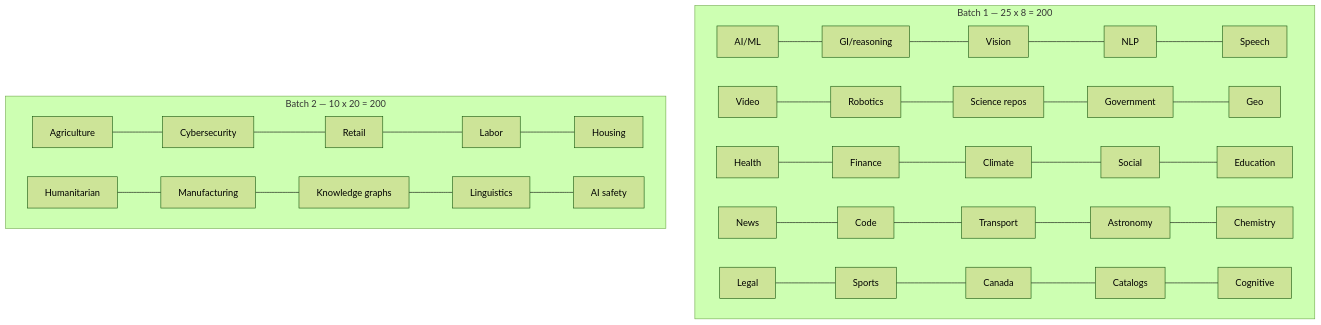
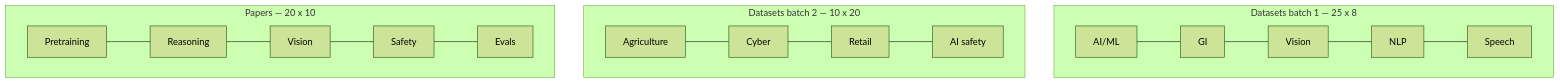
The diagram in README.md (ahmaddroobi99/200-dataset-websites), drawn with Mermaid (forest theme) before and after one commit. The commit also changed other lines of this file, not shown here.

Commit message:
Add 200 papers related to the dataset catalog, with GitHub stars, in 20 categories

````diff
--- a/README.md
+++ b/README.md
@@ -15,16 +14,12 @@
 ```mermaid
 flowchart TB
-  subgraph B1["Batch 1 — 25 x 8 = 200"]
-    direction LR
-    A1[AI/ML] --- A2[GI/reasoning] --- A3[Vision] --- A4[NLP] --- A5[Speech]
-    A6[Video] --- A7[Robotics] --- A8[Science repos] --- A9[Government] --- A10[Geo]
-    A11[Health] --- A12[Finance] --- A13[Climate] --- A14[Social] --- A15[Education]
-    A16[News] --- A17[Code] --- A18[Transport] --- A19[Astronomy] --- A20[Chemistry]
-    A21[Legal] --- A22[Sports] --- A23[Canada] --- A24[Catalogs] --- A25[Cognitive]
+  subgraph B1["Datasets batch 1 — 25 x 8"]
+    A1[AI/ML] --- A2[GI] --- A3[Vision] --- A4[NLP] --- A5[Speech]
   end
-  subgraph B2["Batch 2 — 10 x 20 = 200"]
-    direction LR
-    C26[Agriculture] --- C27[Cybersecurity] --- C28[Retail] --- C29[Labor] --- C30[Housing]
-    C31[Humanitarian] --- C32[Manufacturing] --- C33[Knowledge graphs] --- C34[Linguistics] --- C35[AI safety]
+  subgraph B2["Datasets batch 2 — 10 x 20"]
+    C26[Agriculture] --- C27[Cyber] --- C28[Retail] --- C35[AI safety]
+  end
+  subgraph P["Papers — 20 x 10"]
+    P1[Pretraining] --- P2[Reasoning] --- P3[Vision] --- P9[Safety] --- P20[Evals]
   end
 ```
````
